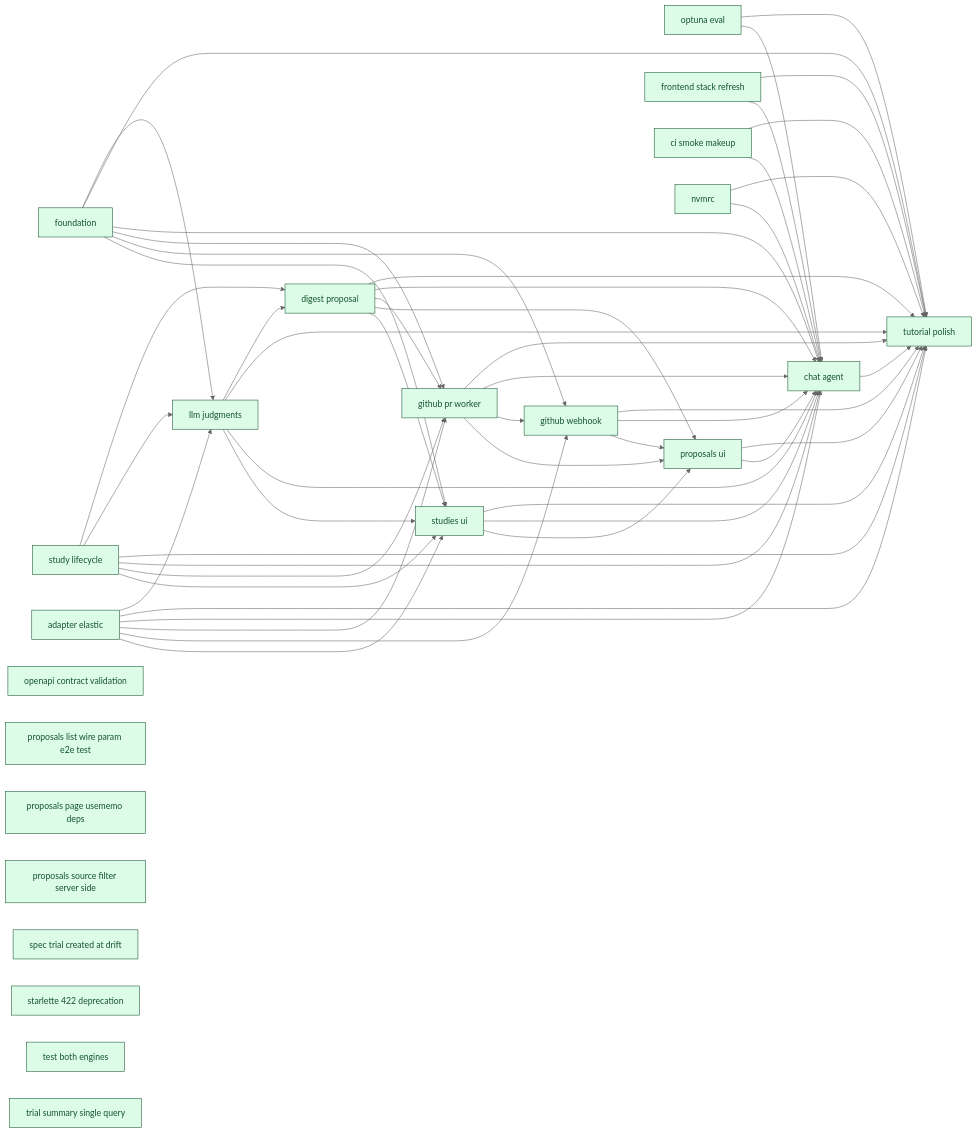
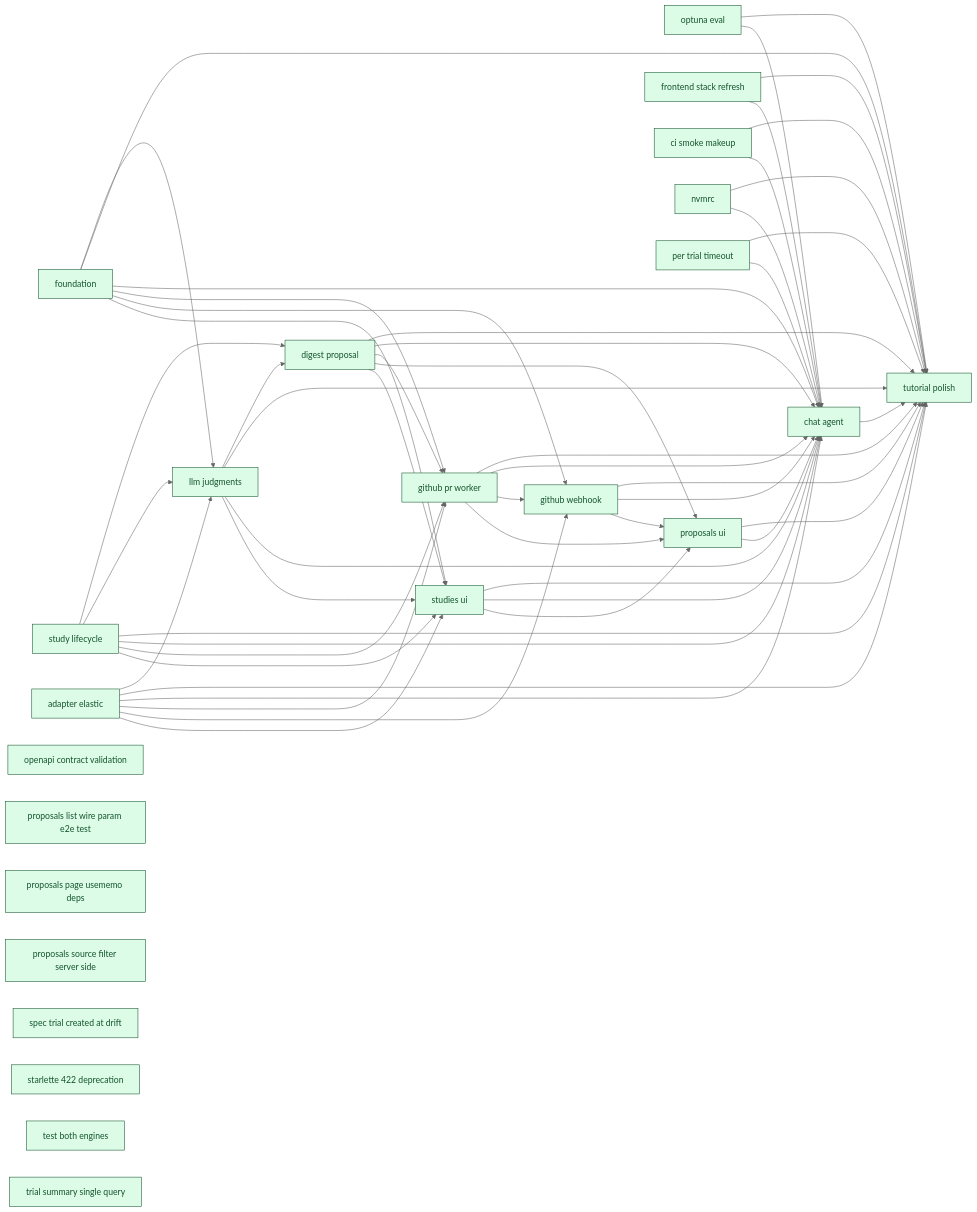
One commit to SoundMindsAI/relyloop changed the diagram in docs/00_overview/MVP1_DASHBOARD.md. Above: the diagram before and after it, drawn with Mermaid (neutral theme). The commit also changed other lines of this file and 12 other files, not shown here.

First line of the commit message:
chore(backend): platform fixes — judgment template defaults + per-trial timeout (#86)

```diff
--- a/docs/00_overview/MVP1_DASHBOARD.md
+++ b/docs/00_overview/MVP1_DASHBOARD.md
@@ -141,6 +141,8 @@
   class infra_ci_smoke_makeup done;
   infra_nvmrc["nvmrc"]
   class infra_nvmrc done;
+  infra_per_trial_timeout["per trial timeout"]
+  class infra_per_trial_timeout done;
   feat_study_lifecycle --> feat_digest_proposal
   feat_llm_judgments --> feat_digest_proposal
   infra_foundation --> feat_llm_judgments
@@ -160,6 +162,7 @@
   infra_frontend_stack_refresh --> chore_tutorial_polish
   infra_nvmrc --> chore_tutorial_polish
   infra_optuna_eval --> chore_tutorial_polish
+  infra_per_trial_timeout --> chore_tutorial_polish
   feat_digest_proposal --> feat_chat_agent
   feat_github_pr_worker --> feat_chat_agent
   feat_github_webhook --> feat_chat_agent
@@ -173,6 +176,7 @@
   infra_frontend_stack_refresh --> feat_chat_agent
   infra_nvmrc --> feat_chat_agent
   infra_optuna_eval --> feat_chat_agent
+  infra_per_trial_timeout --> feat_chat_agent
   infra_foundation --> feat_github_pr_worker
   infra_adapter_elastic --> feat_github_pr_worker
   feat_study_lifecycle --> feat_github_pr_worker
```
